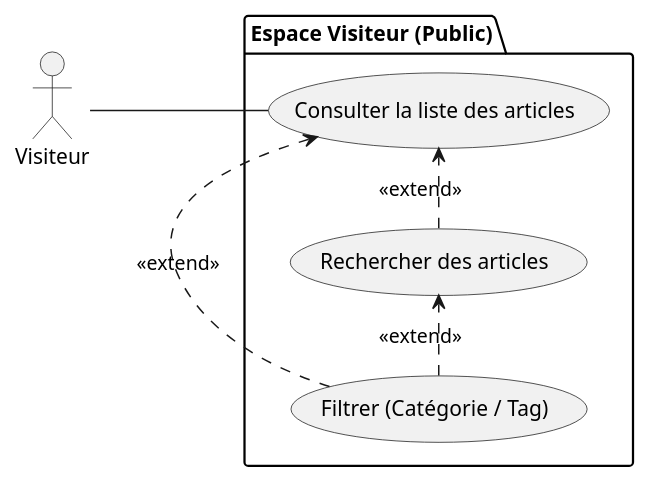
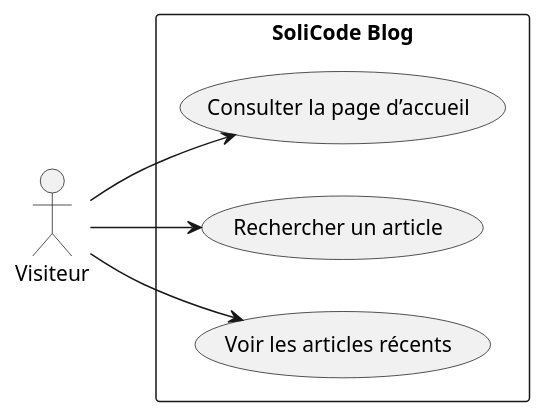
One commit to abdelhaymallouli/Blog-Solicode changed the diagram in fonctional UC/Diagram-UseCase.puml. Above: the diagram before and after it, drawn with PlantUML.

Commit message:
feat: Revise use case diagram for visitor interactions in SoliCode Blog

```diff
--- a/fonctional UC/Diagram-UseCase.puml
+++ b/fonctional UC/Diagram-UseCase.puml
@@ -1,19 +1,12 @@
 @startuml
 left to right direction
-actor "Visiteur" as Guest
 
-package "Espace Visiteur (Public)" {
-  usecase "Consulter la liste des articles" as UC_List
-  usecase "Rechercher des articles" as UC_Search
-  usecase "Filtrer (Catégorie / Tag)" as UC_Filter
+actor Visiteur
+
+rectangle "SoliCode Blog" {
+  Visiteur --> (Consulter la page d’accueil)
+  Visiteur --> (Rechercher un article)
+  Visiteur --> (Voir les articles récents)
 }
 
-' Relations
-Guest -- UC_List
-
-' Extensions
-UC_Search .> UC_List : <<extend>>
-UC_Filter .> UC_List : <<extend>>
-UC_Filter .> UC_Search : <<extend>>
-
 @enduml
```
